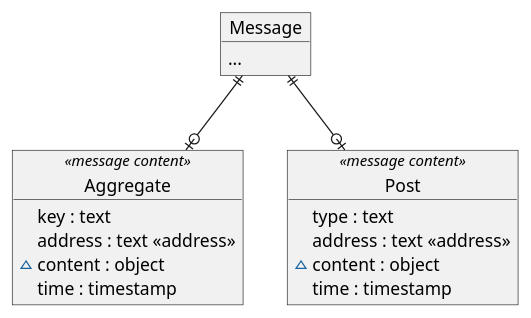
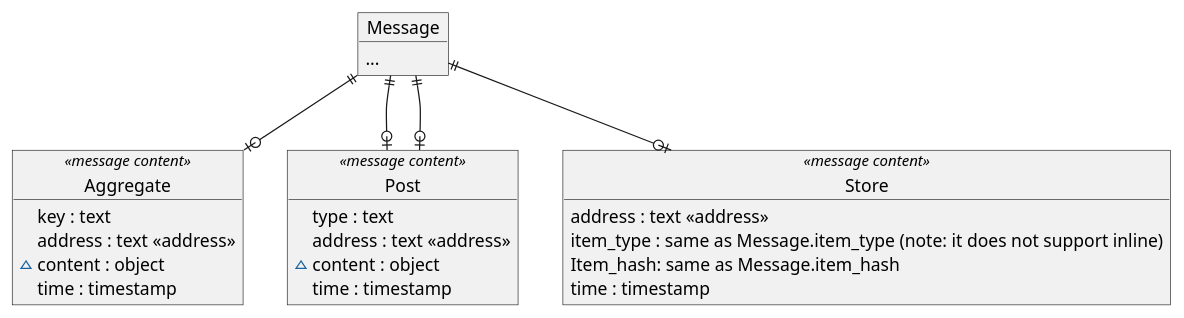
One commit to aleph-im/pyaleph changed the second of 2 diagrams in docs/protocol/messages/index.rst. Above: the diagram before and after it, drawn with PlantUML. The commit also changed other lines of this file, not shown here.

```diff
--- a/docs/protocol/messages/index.rst
+++ b/docs/protocol/messages/index.rst
@@ -48,25 +49,35 @@
 .. uml::
    
    @startuml
     object Message {
         ...
     }
 
     object Aggregate <<message content>> {
         key : text
         address : text <<address>>
         ~ content : object
         time : timestamp
     }
 
     object Post <<message content>> {
         type : text
         address : text <<address>>
         ~ content : object
         time : timestamp
     }
 
+ object Store <<message content>> {
+        address : text <<address>>
+        item_type : same as Message.item_type (note: it does not support inline)
+        Item_hash: same as Message.item_hash
+        time : timestamp
+    }
+
+
 
     Message ||--o| Aggregate
     Message ||--o| Post
+    Message ||--o| Post
+    Message ||--o| Store
    @enduml
```
